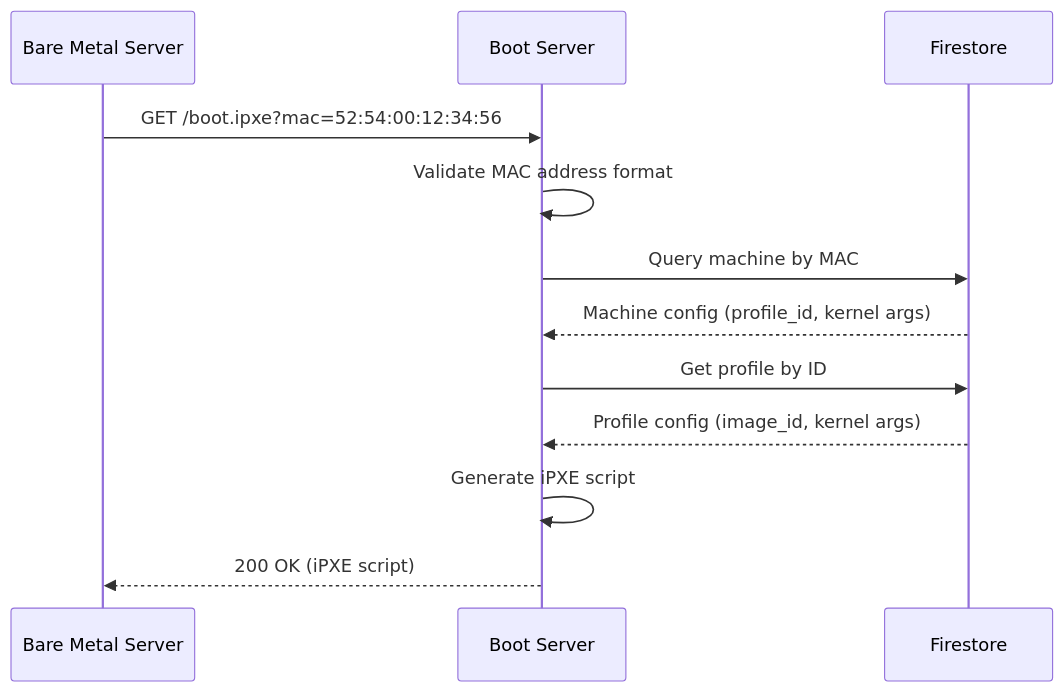
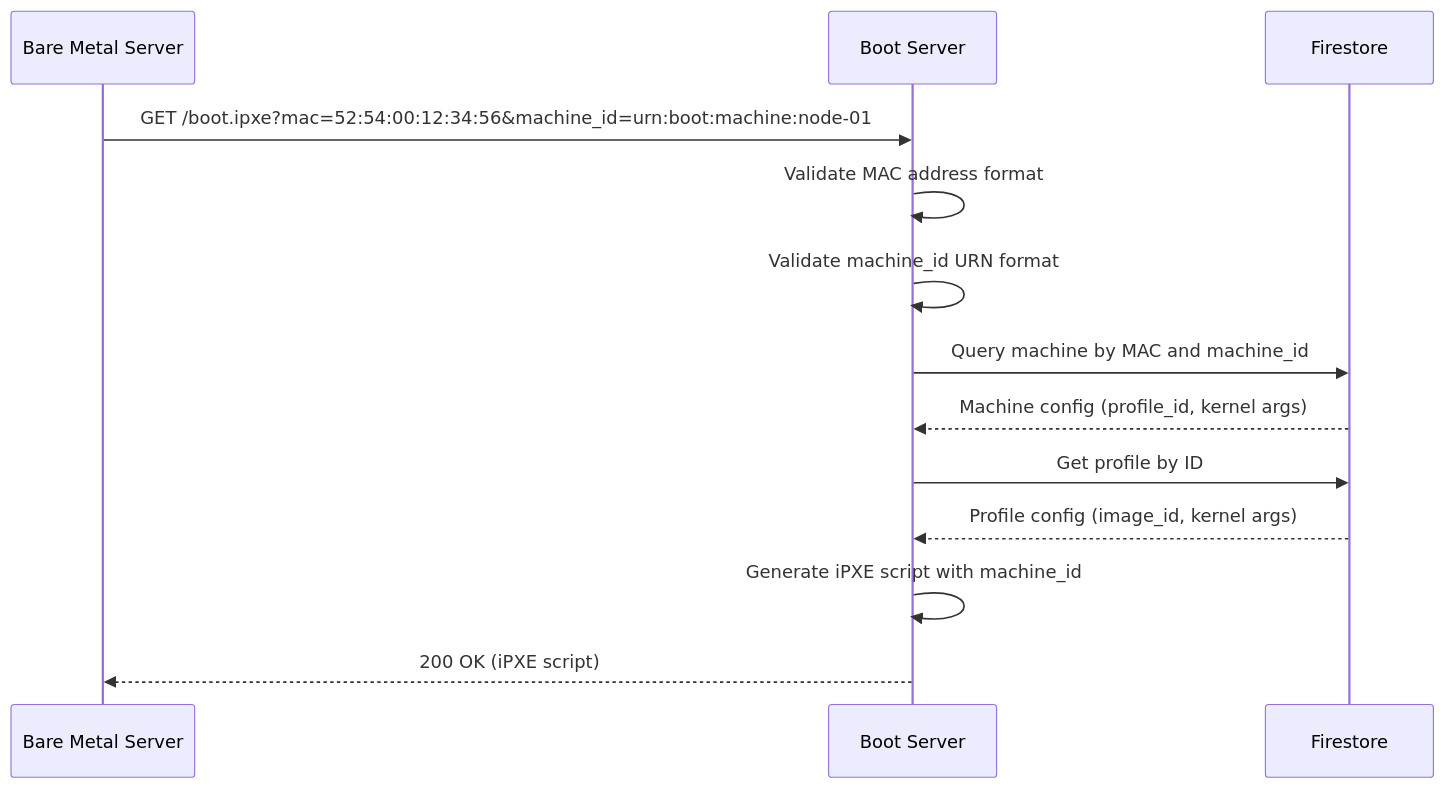
Before and after one commit to Zaba505/infra: the first of 3 diagrams in docs/content/r&d/services/boot/uefi-boot-endpoints.md, drawn with Mermaid. The commit also changed other lines of this file, not shown here.

Commit message:
docs: update UEFI endpoints to use machine_id instead of image_id

````diff
--- a/docs/content/r&d/services/boot/uefi-boot-endpoints.md
+++ b/docs/content/r&d/services/boot/uefi-boot-endpoints.md
@@ -18,15 +18,16 @@
 ```mermaid
 sequenceDiagram
     participant Client as Bare Metal Server
     participant Boot as Boot Server
     participant DB as Firestore
     
-    Client->>Boot: GET /boot.ipxe?mac=52:54:00:12:34:56
+    Client->>Boot: GET /boot.ipxe?mac=52:54:00:12:34:56&machine_id=urn:boot:machine:node-01
     Boot->>Boot: Validate MAC address format
-    Boot->>DB: Query machine by MAC
+    Boot->>Boot: Validate machine_id URN format
+    Boot->>DB: Query machine by MAC and machine_id
     DB-->>Boot: Machine config (profile_id, kernel args)
     Boot->>DB: Get profile by ID
     DB-->>Boot: Profile config (image_id, kernel args)
-    Boot->>Boot: Generate iPXE script
+    Boot->>Boot: Generate iPXE script with machine_id
     Boot-->>Client: 200 OK (iPXE script)
 ```
````
